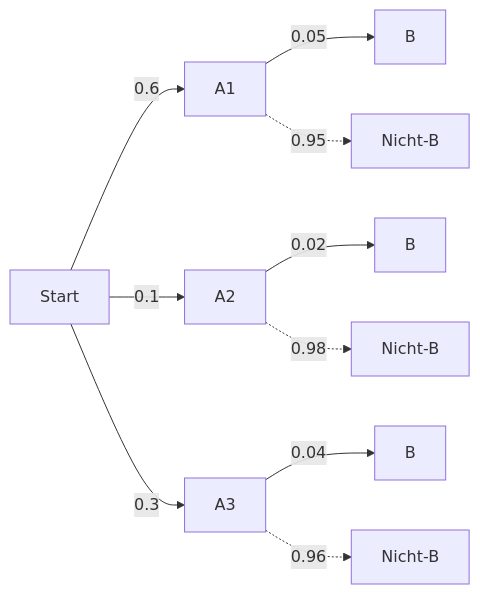
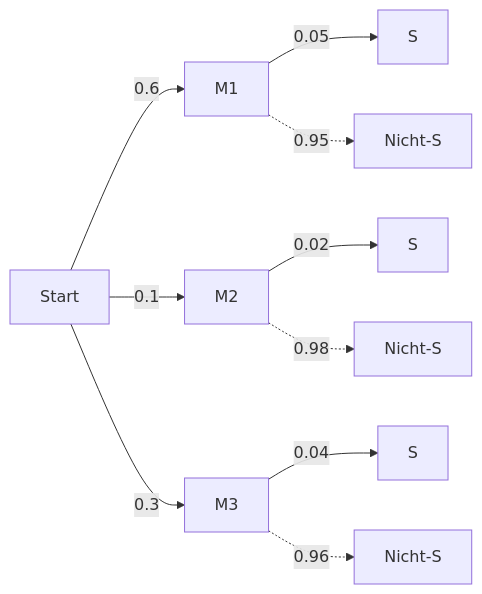
Before and after one commit to sebastiansauer/start-bayes: the third of 3 diagrams in 0300-Wskt.qmd, drawn with Mermaid. The commit also changed other lines of this file and 64 other files, not shown here.

````diff
--- a/0300-Wskt.qmd
+++ b/0300-Wskt.qmd
@@ -1928,14 +1984,14 @@
 ```{mermaid}
 %%| fig-cap: Totale Wahrscheinlichkeit
 %%| label: fig-tot-wskt
 flowchart LR
-  A[Start] -->|0.6|B[A1]
-  A -->|0.1|C[A2]
-  A -->|0.3|D[A3]
-  B -->|0.05|E[B]
-  B -.->|0.95|F[Nicht-B]
-  C -->|0.02|G[B]
-  C -.->|0.98|H[Nicht-B]
-  D -->|0.04|I[B]
-  D -.->|0.96|J[Nicht-B]
+  A[Start] -->|0.6|B[M1]
+  A -->|0.1|C[M2]
+  A -->|0.3|D[M3]
+  B -->|0.05|E[S]
+  B -.->|0.95|F[Nicht-S]
+  C -->|0.02|G[S]
+  C -.->|0.98|H[Nicht-S]
+  D -->|0.04|I[S]
+  D -.->|0.96|J[Nicht-S]
 ```
````
